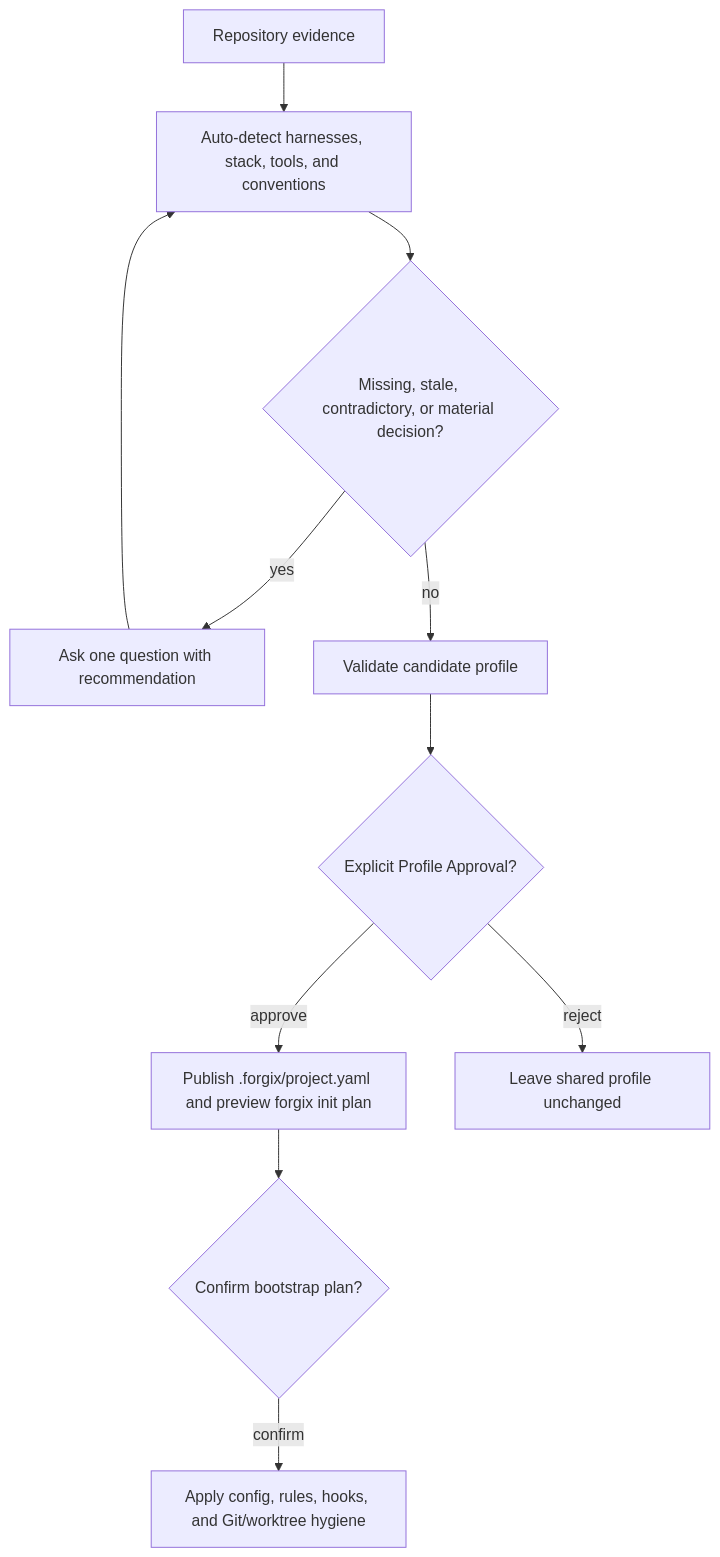
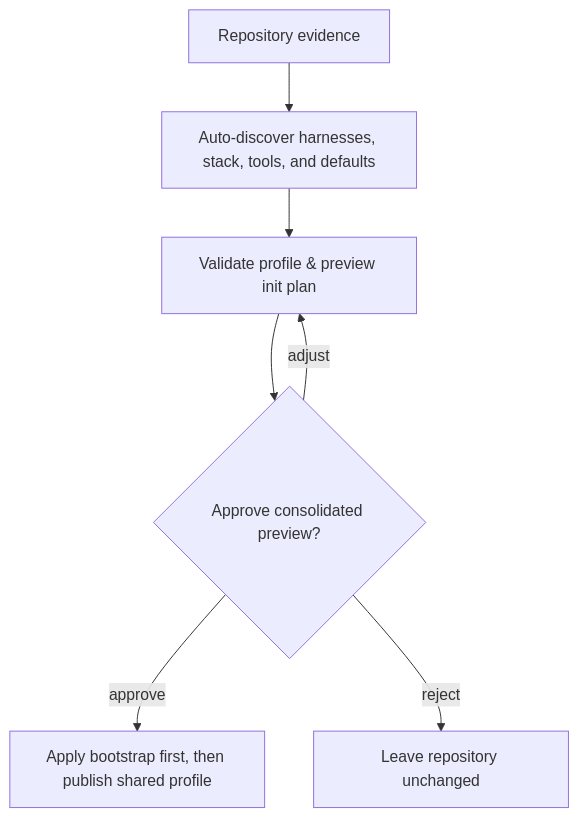
The diagram in docs/getting-started.md (Acrazie/forgix), drawn with Mermaid before and after one commit. The commit also changed other lines of this file and 58 other files, not shown here.

````diff
--- a/docs/getting-started.md
+++ b/docs/getting-started.md
@@ -111,13 +111,9 @@
 ```mermaid
 flowchart TD
-  E[Repository evidence] --> D[Auto-detect harnesses, stack, tools, and conventions]
-  D --> Q{Missing, stale, contradictory, or material decision?}
-  Q -- yes --> I[Ask one question with recommendation]
-  I --> D
-  Q -- no --> V[Validate candidate profile]
-  V --> A{Explicit Profile Approval?}
-  A -- approve --> P[Publish .forgix/project.yaml and preview forgix init plan]
-  P --> B{Confirm bootstrap plan?}
-  B -- confirm --> W[Apply config, rules, hooks, and Git/worktree hygiene]
-  A -- reject --> U[Leave shared profile unchanged]
+  E[Repository evidence] --> D[Auto-discover harnesses, stack, tools, and defaults]
+  D --> V[Validate profile & preview init plan]
+  V --> A{Approve consolidated preview?}
+  A -- approve --> W[Apply bootstrap first, then publish shared profile]
+  A -- adjust --> V
+  A -- reject --> U[Leave repository unchanged]
 ```
````
